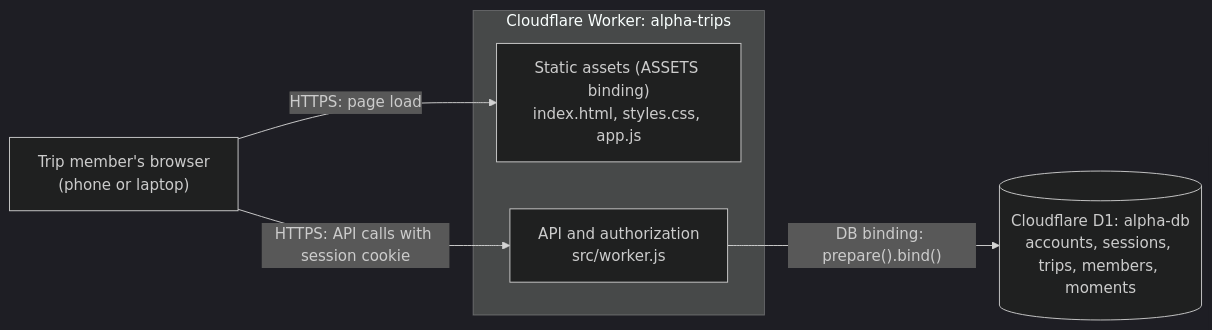
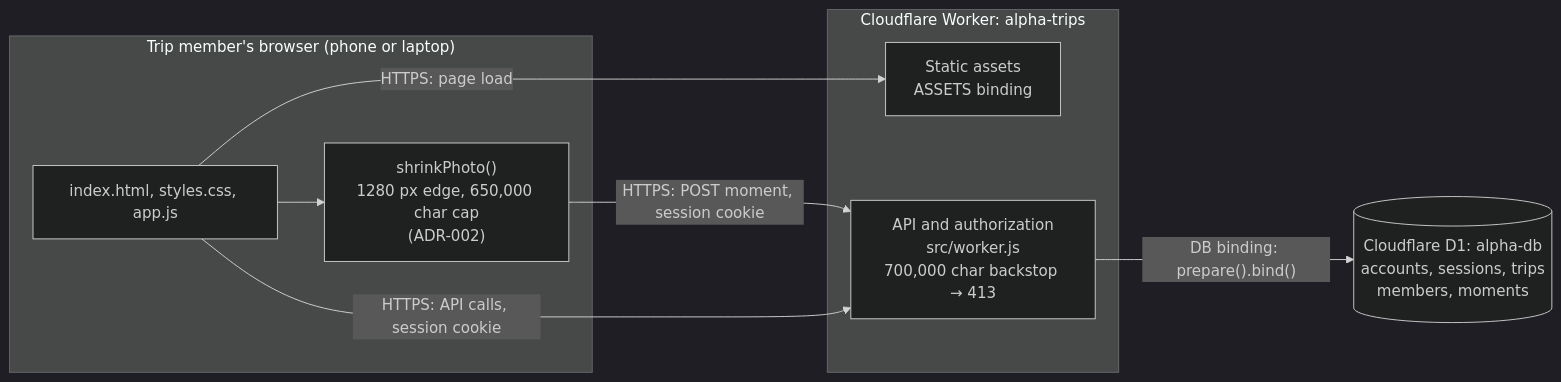
Before and after one commit to mehtaaashi05/mgt3745-team-Alpha-: the diagram in context/ARCHITECTURE.md, drawn with Mermaid (dark theme). The commit also changed other lines of this file, not shown here.

First line of the commit message:
ARCHITECTURE.md final: add ADR-002, ADR history, and what the measurements changed

````diff
--- a/context/ARCHITECTURE.md
+++ b/context/ARCHITECTURE.md
@@ -184,15 +249,20 @@
 ```mermaid
 flowchart LR
-    Browser["Trip member's browser<br/>(phone or laptop)"]
+    subgraph Client["Trip member's browser (phone or laptop)"]
+        Page["index.html, styles.css, app.js"]
+        Shrink["shrinkPhoto()<br/>1280 px edge, 650,000 char cap<br/>(ADR-002)"]
+    end
 
     subgraph Worker["Cloudflare Worker: alpha-trips"]
-        Assets["Static assets (ASSETS binding)<br/>index.html, styles.css, app.js"]
-        Api["API and authorization<br/>src/worker.js"]
+        Assets["Static assets<br/>ASSETS binding"]
+        Api["API and authorization<br/>src/worker.js<br/>700,000 char backstop → 413"]
     end
 
-    D1[("Cloudflare D1: alpha-db<br/>accounts, sessions, trips, members, moments")]
+    D1[("Cloudflare D1: alpha-db<br/>accounts, sessions, trips<br/>members, moments")]
 
-    Browser -->|"HTTPS: page load"| Assets
-    Browser -->|"HTTPS: API calls with session cookie"| Api
+    Page -->|"HTTPS: page load"| Assets
+    Page --> Shrink
+    Shrink -->|"HTTPS: POST moment, session cookie"| Api
+    Page -->|"HTTPS: API calls, session cookie"| Api
     Api -->|"DB binding: prepare().bind()"| D1
 ```
````
